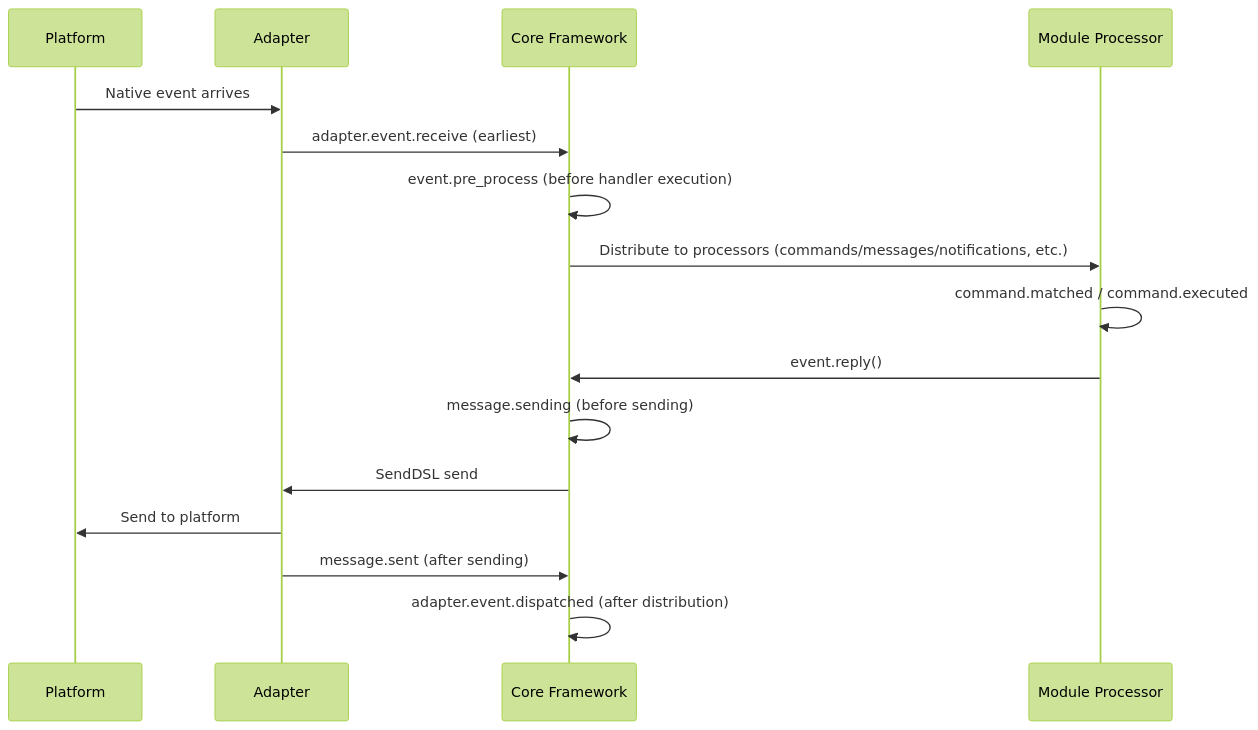
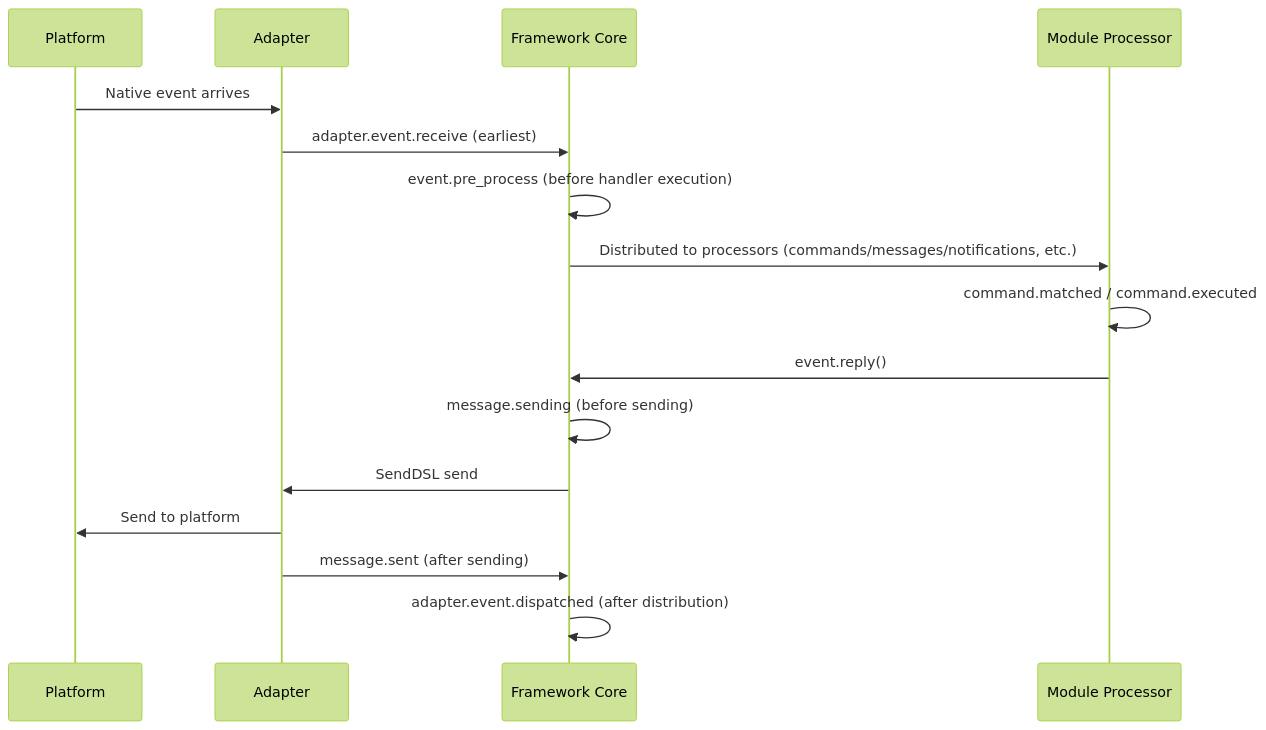
Before and after one commit to ErisPulse/ErisPulse: the diagram in docs/en/advanced/lifecycle.md, drawn with Mermaid (forest theme). The commit also changed other lines of this file and 71 other files, not shown here.

````diff
--- a/docs/en/advanced/lifecycle.md
+++ b/docs/en/advanced/lifecycle.md
@@ -118,19 +117,19 @@
 ```mermaid
 sequenceDiagram
     participant P as Platform
     participant A as Adapter
-    participant F as Core Framework
+    participant F as Framework Core
     participant M as Module Processor
 
     P->>A: Native event arrives
     A->>F: adapter.event.receive (earliest)
     F->>F: event.pre_process (before handler execution)
-    F->>M: Distribute to processors (commands/messages/notifications, etc.)
+    F->>M: Distributed to processors (commands/messages/notifications, etc.)
     M->>M: command.matched / command.executed
     M->>F: event.reply()
     F->>F: message.sending (before sending)
     F->>A: SendDSL send
     A->>P: Send to platform
     A->>F: message.sent (after sending)
     F->>F: adapter.event.dispatched (after distribution)
 ```
````
